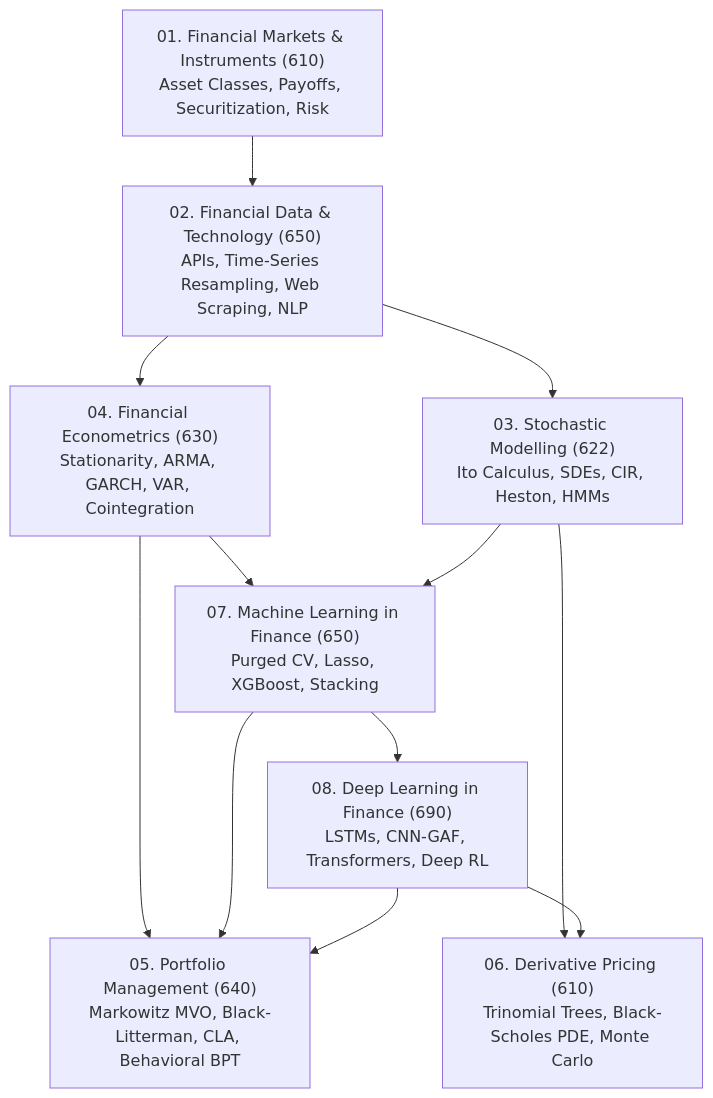
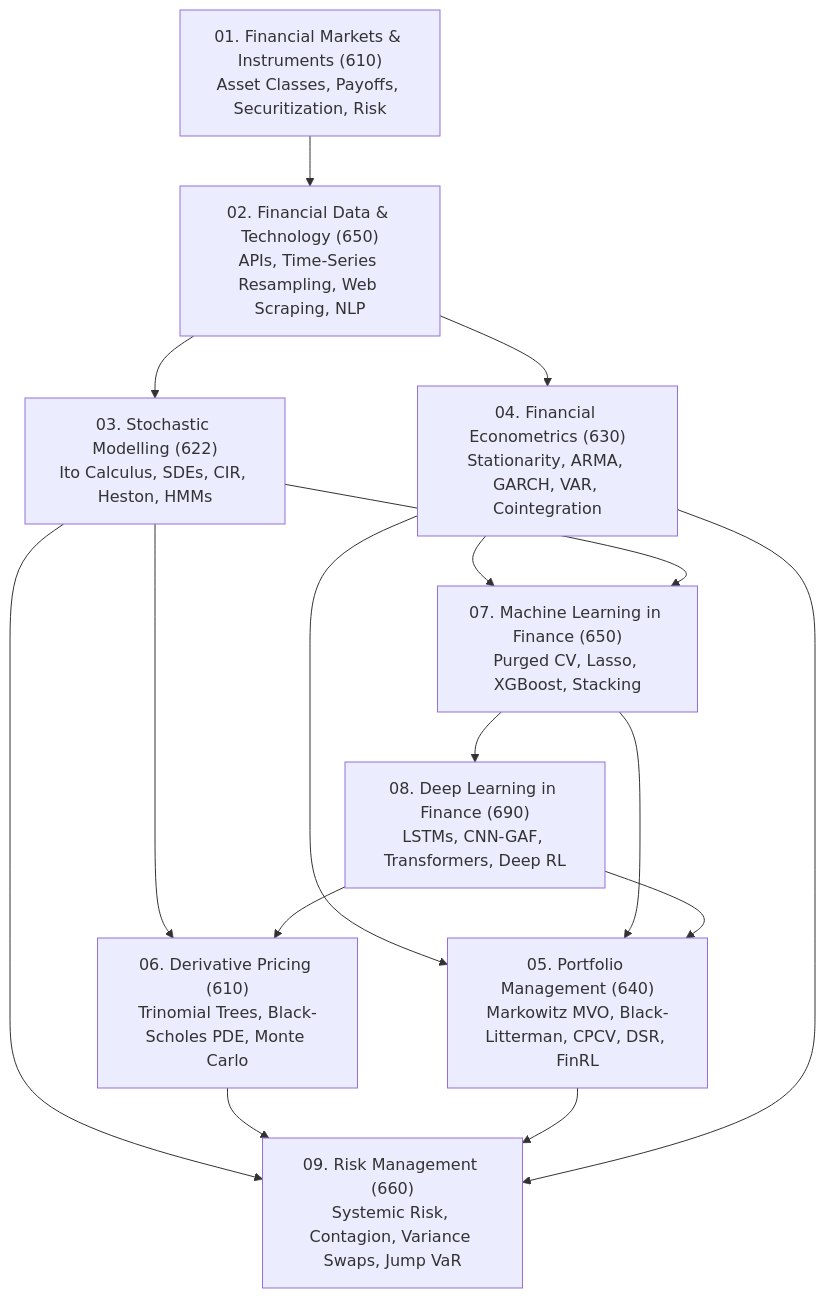
Before and after one commit to eggieinquant/wqu: the diagram in README.md, drawn with Mermaid. The commit also changed other lines of this file and 19 other files, not shown here.

Commit message:
feat(curriculum): add Risk Management (MScFE 660) and update Portfolio Management M8

````diff
--- a/README.md
+++ b/README.md
@@ -11,19 +11,24 @@
 ```mermaid
 flowchart TD
     FM["01. Financial Markets & Instruments (610)\nAsset Classes, Payoffs, Securitization, Risk"] --> FD["02. Financial Data & Technology (650)\nAPIs, Time-Series Resampling, Web Scraping, NLP"]
     
     FD --> SM["03. Stochastic Modelling (622)\nIto Calculus, SDEs, CIR, Heston, HMMs"]
     FD --> FE["04. Financial Econometrics (630)\nStationarity, ARMA, GARCH, VAR, Cointegration"]
     
     FE --> ML["07. Machine Learning in Finance (650)\nPurged CV, Lasso, XGBoost, Stacking"]
     SM --> ML
     
-    FE --> PM["05. Portfolio Management (640)\nMarkowitz MVO, Black-Litterman, CLA, Behavioral BPT"]
+    FE --> PM["05. Portfolio Management (640)\nMarkowitz MVO, Black-Litterman, CPCV, DSR, FinRL"]
     ML --> PM
     
     ML --> DL["08. Deep Learning in Finance (690)\nLSTMs, CNN-GAF, Transformers, Deep RL"]
     DL --> PM
     
     SM --> DP["06. Derivative Pricing (610)\nTrinomial Trees, Black-Scholes PDE, Monte Carlo"]
     DL --> DP
+
+    SM --> RM["09. Risk Management (660)\nSystemic Risk, Contagion, Variance Swaps, Jump VaR"]
+    DP --> RM
+    PM --> RM
+    FE --> RM
 ```
````
